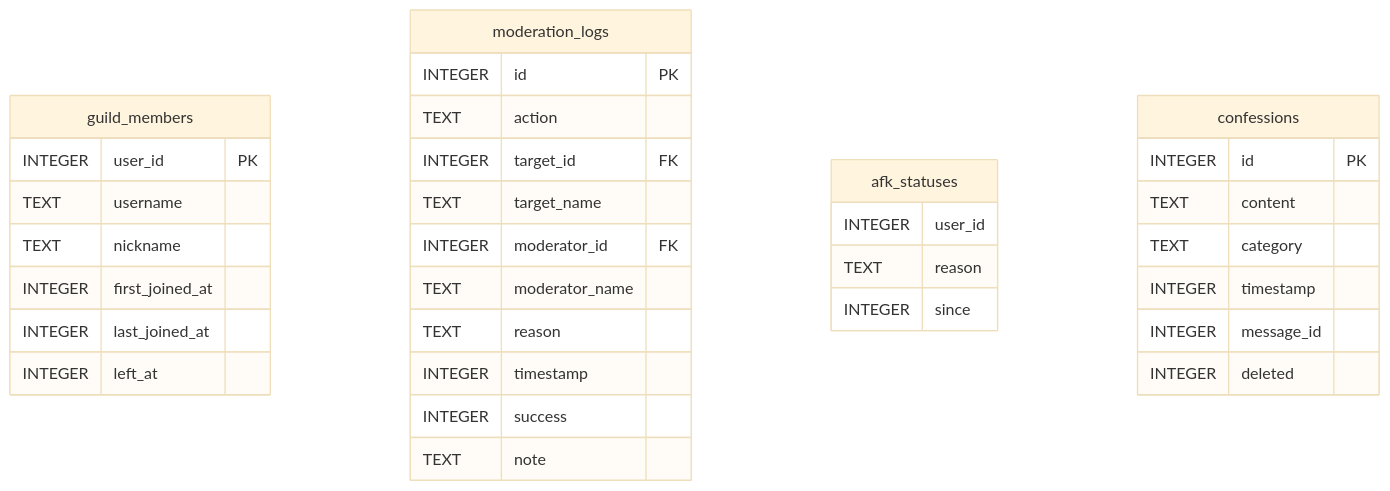
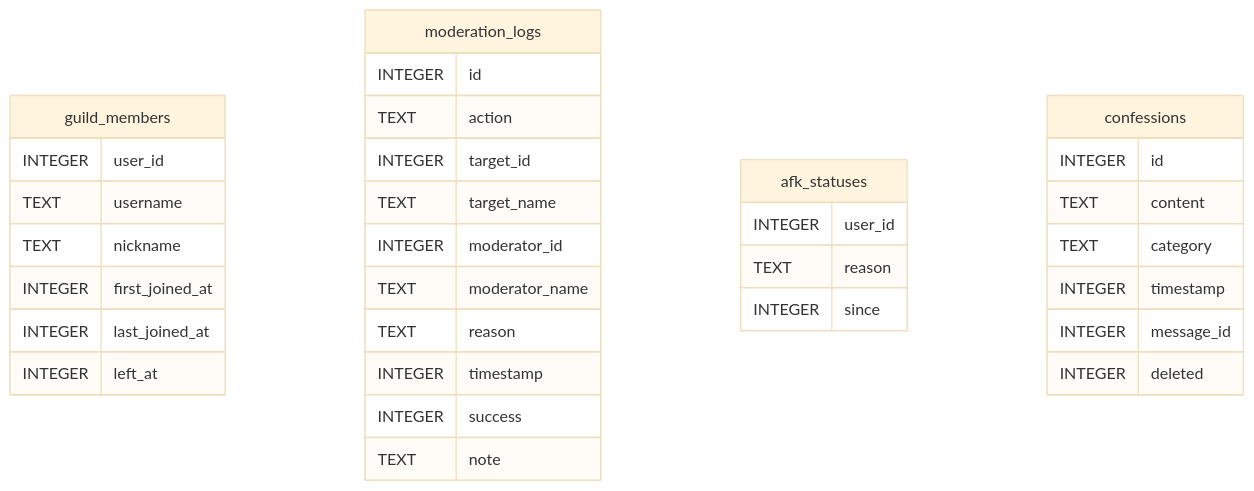
The diagram in README.md (shuvoairan/kyro), drawn with Mermaid (base theme) before and after one commit.

Commit message:
Remove primary key and foreign key annotations

````diff
--- a/README.md
+++ b/README.md
@@ -1,40 +1,40 @@
 ```mermaid
 erDiagram
     guild_members {
-        INTEGER user_id PK
+        INTEGER user_id
         TEXT username
         TEXT nickname
         INTEGER first_joined_at
         INTEGER last_joined_at
         INTEGER left_at
     }
 
     moderation_logs {
-        INTEGER id PK
+        INTEGER id
         TEXT action
-        INTEGER target_id FK
+        INTEGER target_id
         TEXT target_name
-        INTEGER moderator_id FK
+        INTEGER moderator_id
         TEXT moderator_name
         TEXT reason
         INTEGER timestamp
         INTEGER success
         TEXT note
     }
 
     afk_statuses {
         INTEGER user_id
         TEXT reason
         INTEGER since
     }
 
     confessions {
-        INTEGER id PK
+        INTEGER id
         TEXT content
         TEXT category
         INTEGER timestamp
         INTEGER message_id
         INTEGER deleted
     }
 
 ```
````
